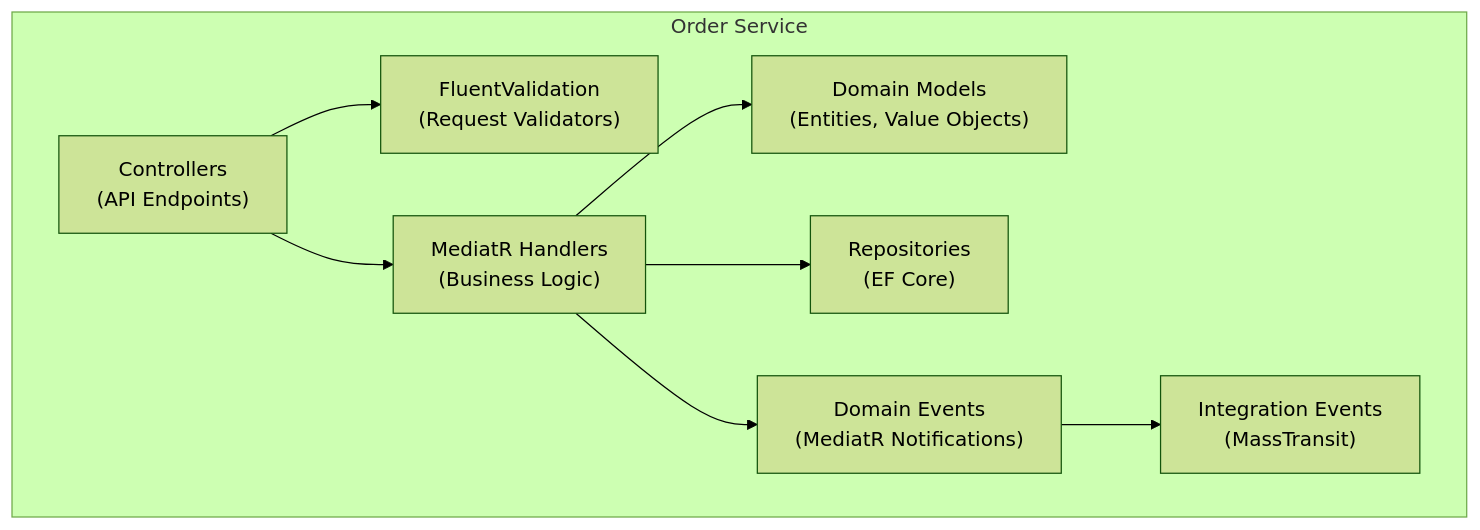
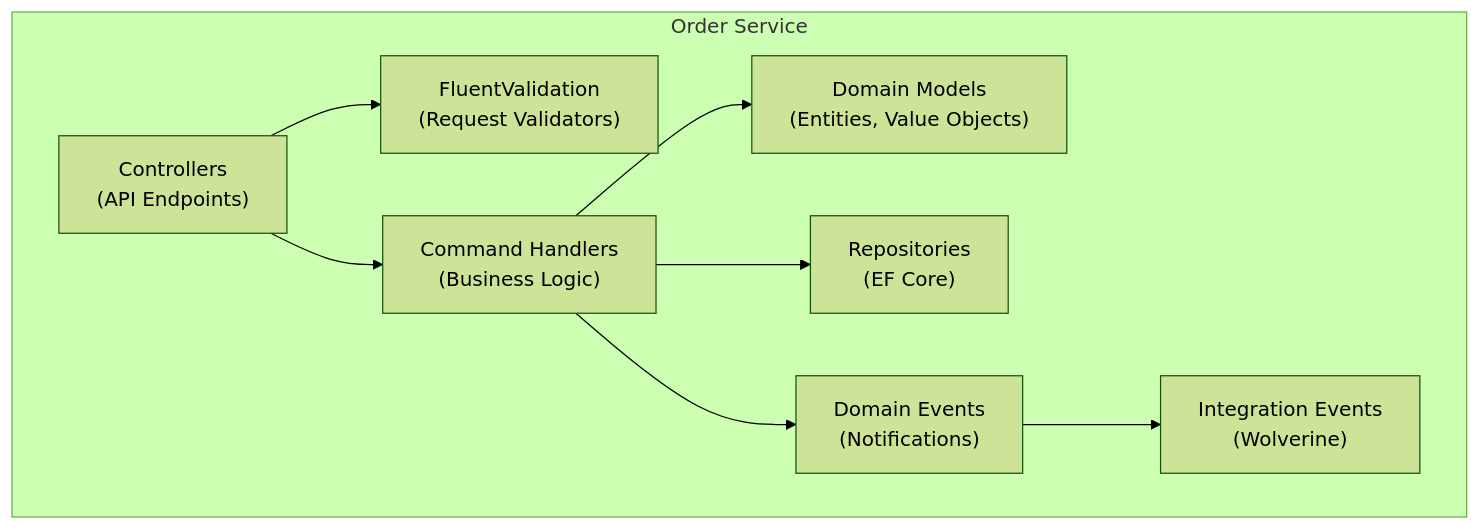
One commit to novotnyllc/dotnet-marketplace changed the second of 21 diagrams in skills/dotnet-tooling/references/mermaid-diagrams.md. Above: the diagram before and after it, drawn with Mermaid (forest theme). The commit also changed other lines of this file and 51 other files, not shown here.

````diff
--- a/skills/dotnet-tooling/references/mermaid-diagrams.md
+++ b/skills/dotnet-tooling/references/mermaid-diagrams.md
@@ -200,19 +151,19 @@
 ```mermaid
 graph TB
     subgraph OrderService["Order Service"]
         Controllers["Controllers<br/>(API Endpoints)"]
         Validators["FluentValidation<br/>(Request Validators)"]
-        Handlers["MediatR Handlers<br/>(Business Logic)"]
+        Handlers["Command Handlers<br/>(Business Logic)"]
         DomainModels["Domain Models<br/>(Entities, Value Objects)"]
         Repos["Repositories<br/>(EF Core)"]
-        Events["Domain Events<br/>(MediatR Notifications)"]
-        IntEvents["Integration Events<br/>(MassTransit)"]
+        Events["Domain Events<br/>(Notifications)"]
+        IntEvents["Integration Events<br/>(Wolverine)"]
     end
 
     Controllers --> Validators
     Controllers --> Handlers
     Handlers --> DomainModels
     Handlers --> Repos
     Handlers --> Events
     Events --> IntEvents
 ```
````
